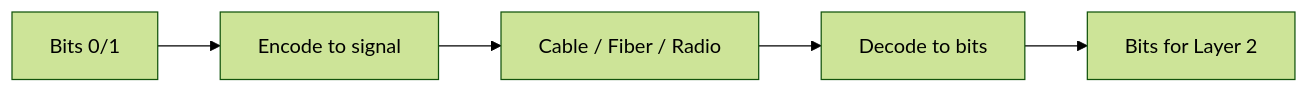
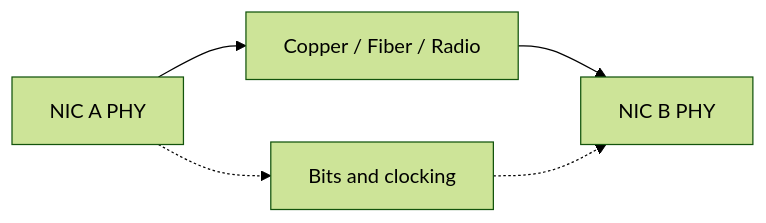
One commit to omnayak27199/pktana changed the first of 5 diagrams in learning/03-physical-layer.md. Above: the diagram before and after it, drawn with Mermaid (forest theme). The commit also changed other lines of this file and 14 other files, not shown here.

````diff
--- a/learning/03-physical-layer.md
+++ b/learning/03-physical-layer.md
@@ -11,7 +23,7 @@
 ```mermaid
 flowchart LR
-  Bits[Bits 0/1] --> Encode[Encode to signal]
-  Encode --> Medium[Cable / Fiber / Radio]
-  Medium --> Decode[Decode to bits]
-  Decode --> Bits2[Bits for Layer 2]
+  NIC1[NIC A PHY] --> Medium[Copper / Fiber / Radio]
+  Medium --> NIC2[NIC B PHY]
+  NIC1 -.-> Bits[Bits and clocking]
+  Bits -.-> NIC2
 ```
````
